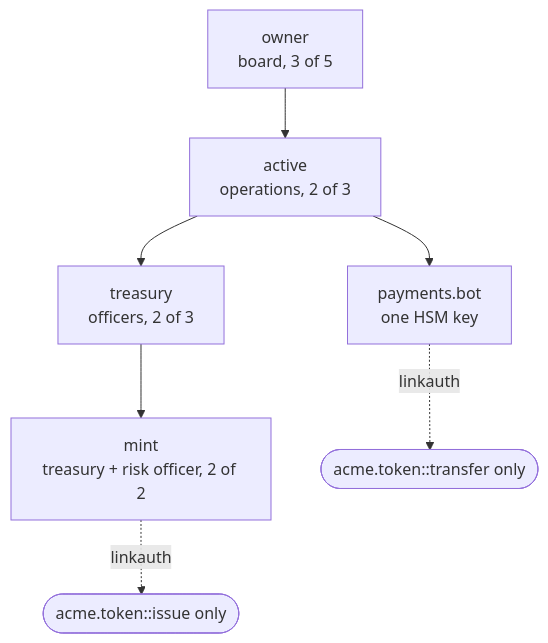
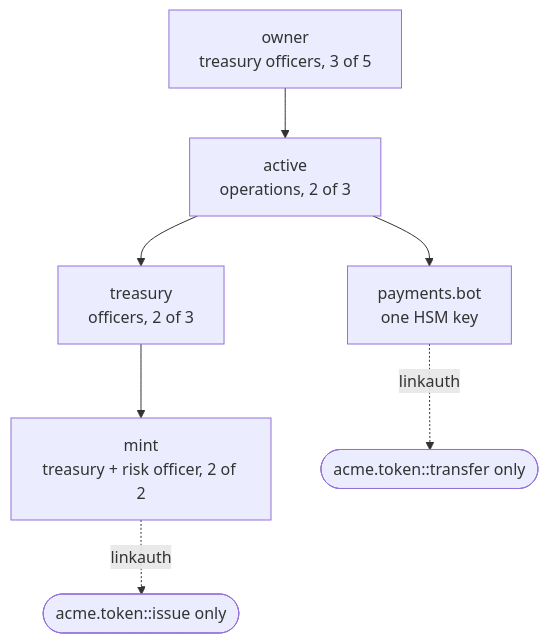
One commit to paulgnz/pulsevm-docs changed the first of 2 diagrams in docs/institutions/banks.md. Above: the diagram before and after it, drawn with Mermaid. The commit also changed other lines of this file and 15 other files, not shown here.

````diff
--- a/docs/institutions/banks.md
+++ b/docs/institutions/banks.md
@@ -71,9 +71,9 @@
 ```mermaid
 flowchart TD
-  owner["owner<br/>board, 3 of 5"] --> active["active<br/>operations, 2 of 3"]
+  owner["owner<br/>treasury officers, 3 of 5"] --> active["active<br/>operations, 2 of 3"]
   active --> treasury["treasury<br/>officers, 2 of 3"]
   active --> bot["payments.bot<br/>one HSM key"]
   treasury --> mint["mint<br/>treasury + risk officer, 2 of 2"]
   bot -. "linkauth" .-> t(["acme.token::transfer only"])
   mint -. "linkauth" .-> i(["acme.token::issue only"])
 ```
````
